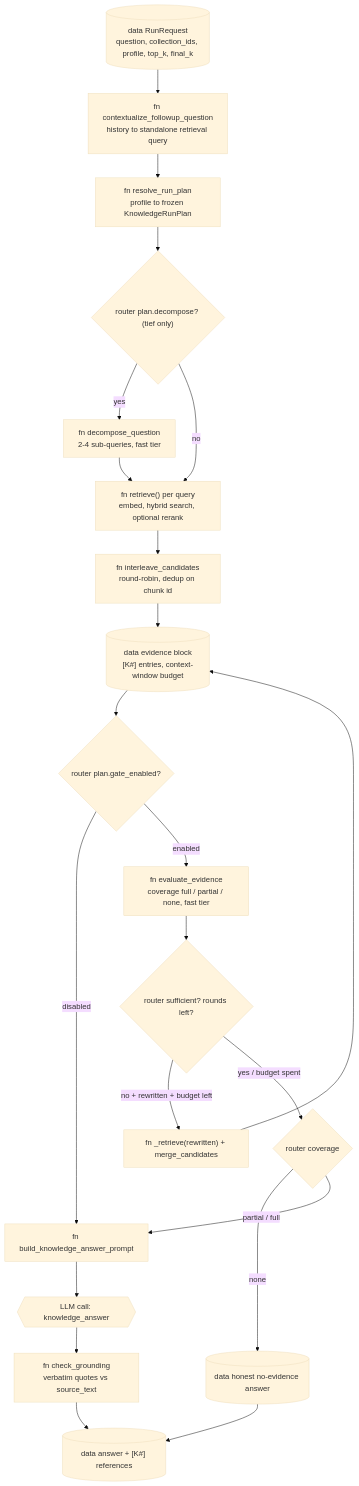
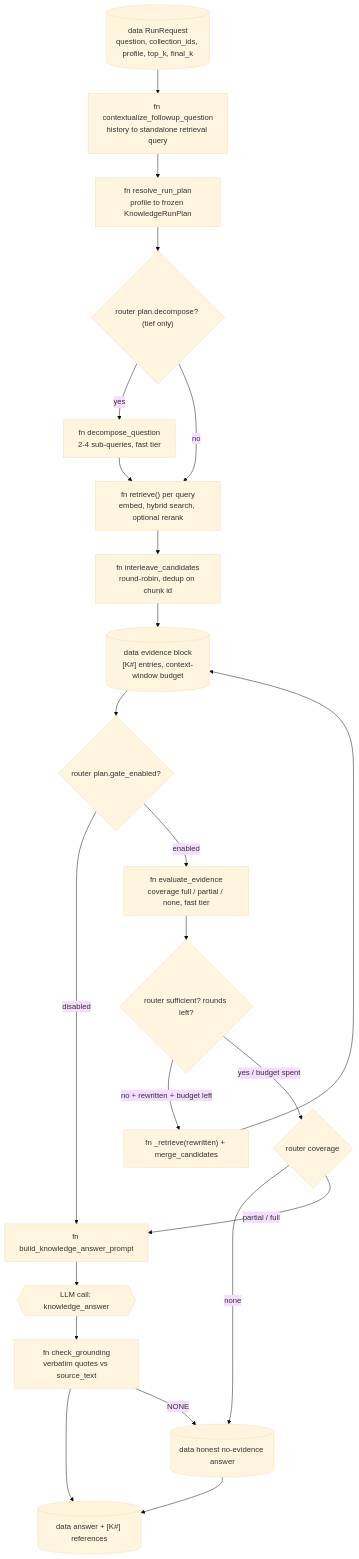
The fourth of 5 diagrams in docs/architecture/knowledge-engine.md (inqtrix/inqtrix), drawn with Mermaid (base theme) before and after one commit. The commit also changed other lines of this file and 563 other files, not shown here.

````diff
--- a/docs/architecture/knowledge-engine.md
+++ b/docs/architecture/knowledge-engine.md
@@ -298,33 +298,34 @@
 ```mermaid
 flowchart TD
     ReqIn[("data RunRequest<br/>question, collection_ids, profile, top_k, final_k")]
     Ctx["fn contextualize_followup_question<br/>history to standalone retrieval query"]
     Plan["fn resolve_run_plan<br/>profile to frozen KnowledgeRunPlan"]
     Decomp{"router plan.decompose? (tief only)"}
     DoDecomp["fn decompose_question<br/>2-4 sub-queries, fast tier"]
     Retr["fn retrieve() per query<br/>embed, hybrid search, optional rerank"]
     Inter["fn interleave_candidates<br/>round-robin, dedup on chunk id"]
     Budget[("data evidence block<br/>[K#] entries, context-window budget")]
     Gate{"router plan.gate_enabled?"}
     DoGate["fn evaluate_evidence<br/>coverage full / partial / none, fast tier"]
     Suff{"router sufficient? rounds left?"}
     Rewrite["fn _retrieve(rewritten) + merge_candidates"]
     Cov{"router coverage"}
     NoEv[("data honest no-evidence answer")]
     Prompt["fn build_knowledge_answer_prompt"]
     Answer{{"LLM call: knowledge_answer"}}
     Ground["fn check_grounding<br/>verbatim quotes vs source_text"]
     Out[("data answer + [K#] references")]
 
     ReqIn --> Ctx --> Plan --> Decomp
     Decomp -->|"yes"| DoDecomp --> Retr
     Decomp -->|"no"| Retr
     Retr --> Inter --> Budget --> Gate
     Gate -->|"disabled"| Prompt
     Gate -->|"enabled"| DoGate --> Suff
     Suff -->|"no + rewritten + budget left"| Rewrite --> Budget
     Suff -->|"yes / budget spent"| Cov
     Cov -->|"none"| NoEv --> Out
     Cov -->|"partial / full"| Prompt
     Prompt --> Answer --> Ground --> Out
+    Ground -->|"NONE"| NoEv
 ```
````
